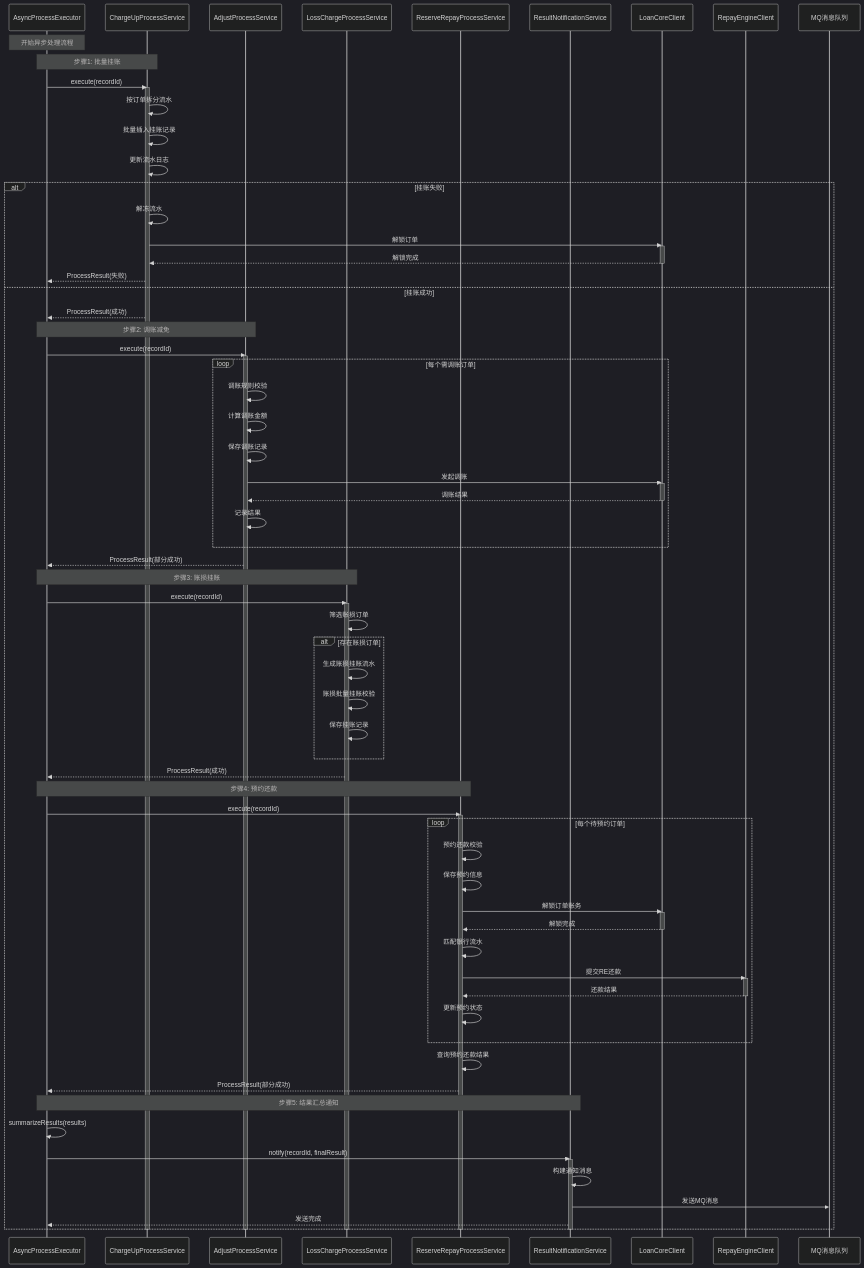
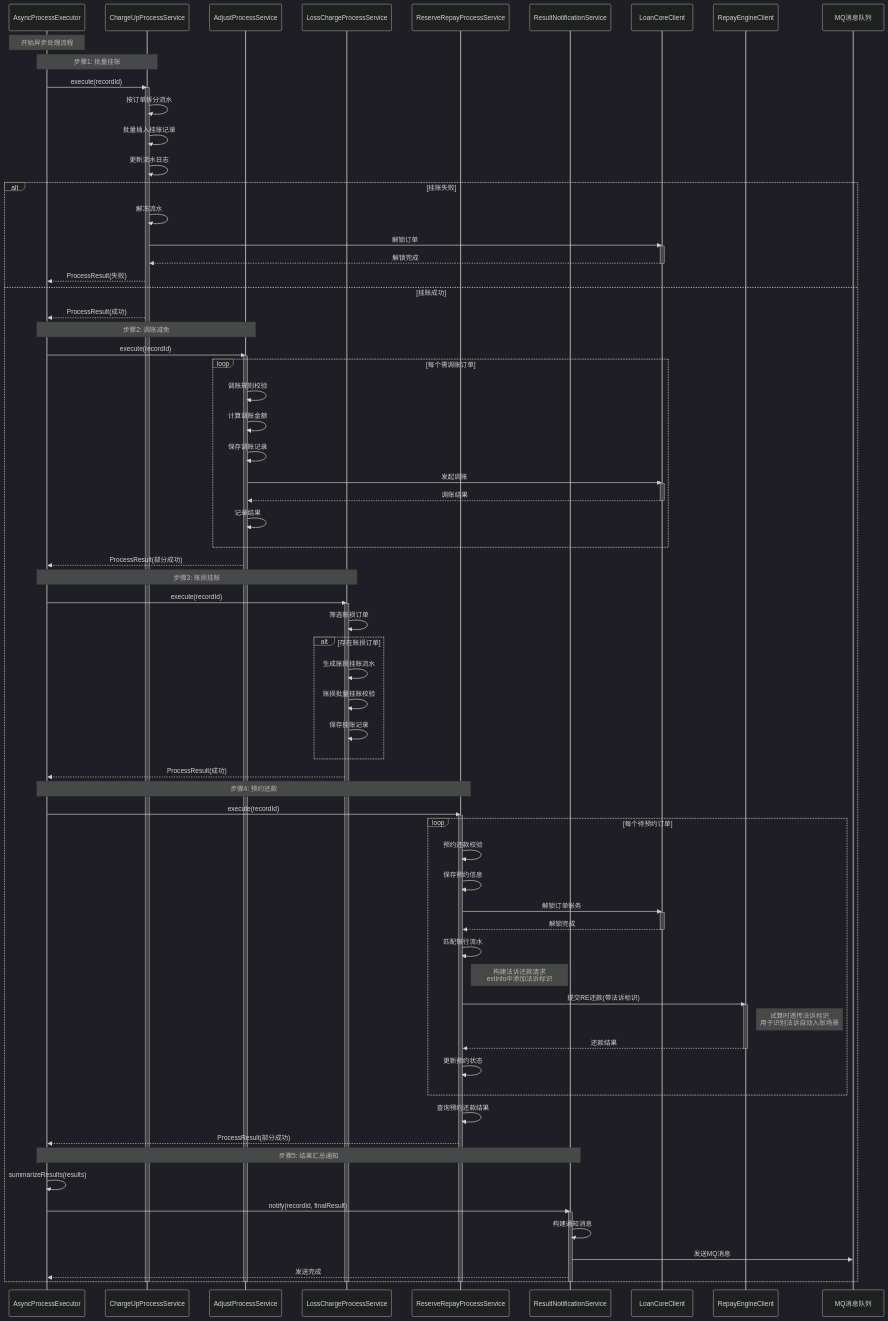
The eighth of 12 diagrams in shuhe/workspace/accountingoperation/iteration/202502-法诉自动入账/详细设计-AO系统.md (topson-cn/obsidian_note), drawn with Mermaid (dark theme) before and after one commit. The commit also changed other lines of this file and 3 other files, not shown here.

```diff
--- a/shuhe/workspace/accountingoperation/iteration/202502-法诉自动入账/详细设计-AO系统.md
+++ b/shuhe/workspace/accountingoperation/iteration/202502-法诉自动入账/详细设计-AO系统.md
@@ -1248,8 +1289,10 @@
             LCClient-->>RR: 解锁完成
             deactivate LCClient
             RR->>RR: 匹配银行流水
-            RR->>RE: 提交RE还款
+            Note right of RR: 构建法诉还款请求<br/>extInfo中添加法诉标识
+            RR->>RE: 提交RE还款(带法诉标识)
             activate RE
+            Note right of RE: 试算时透传法诉标识<br/>用于识别法诉自动入账场景
             RE-->>RR: 还款结果
             deactivate RE
             RR->>RR: 更新预约状态
```
